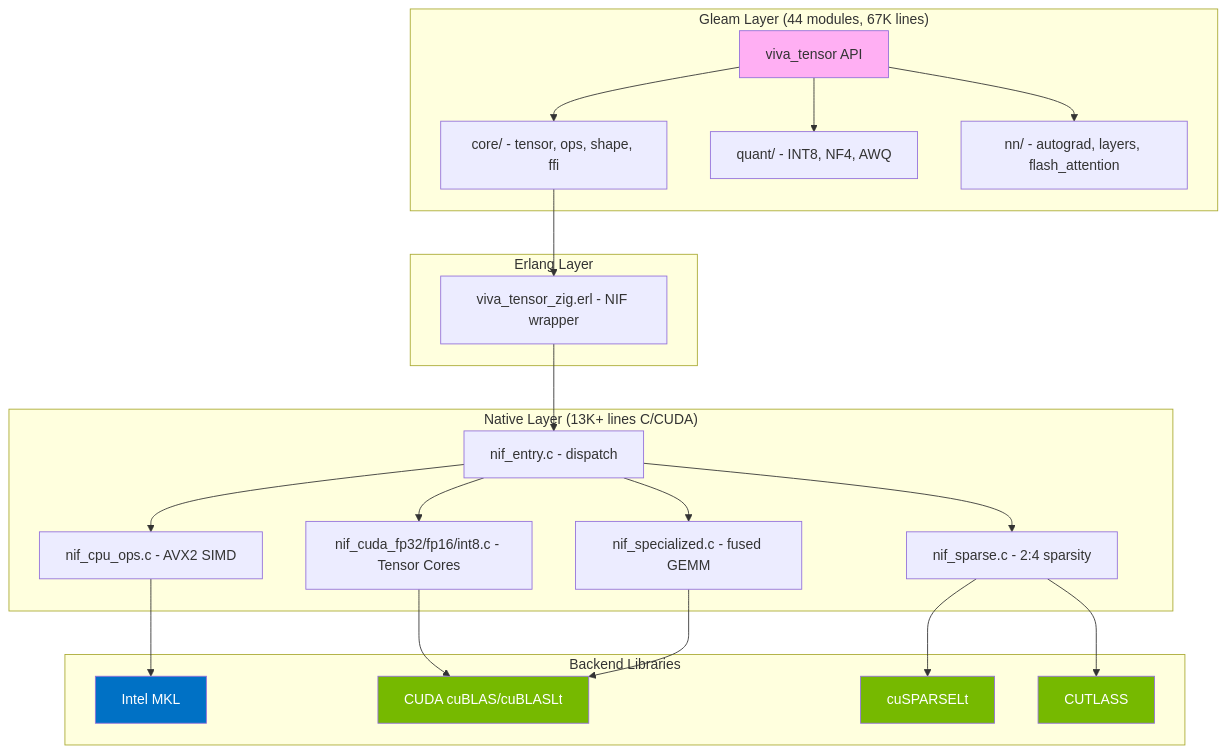
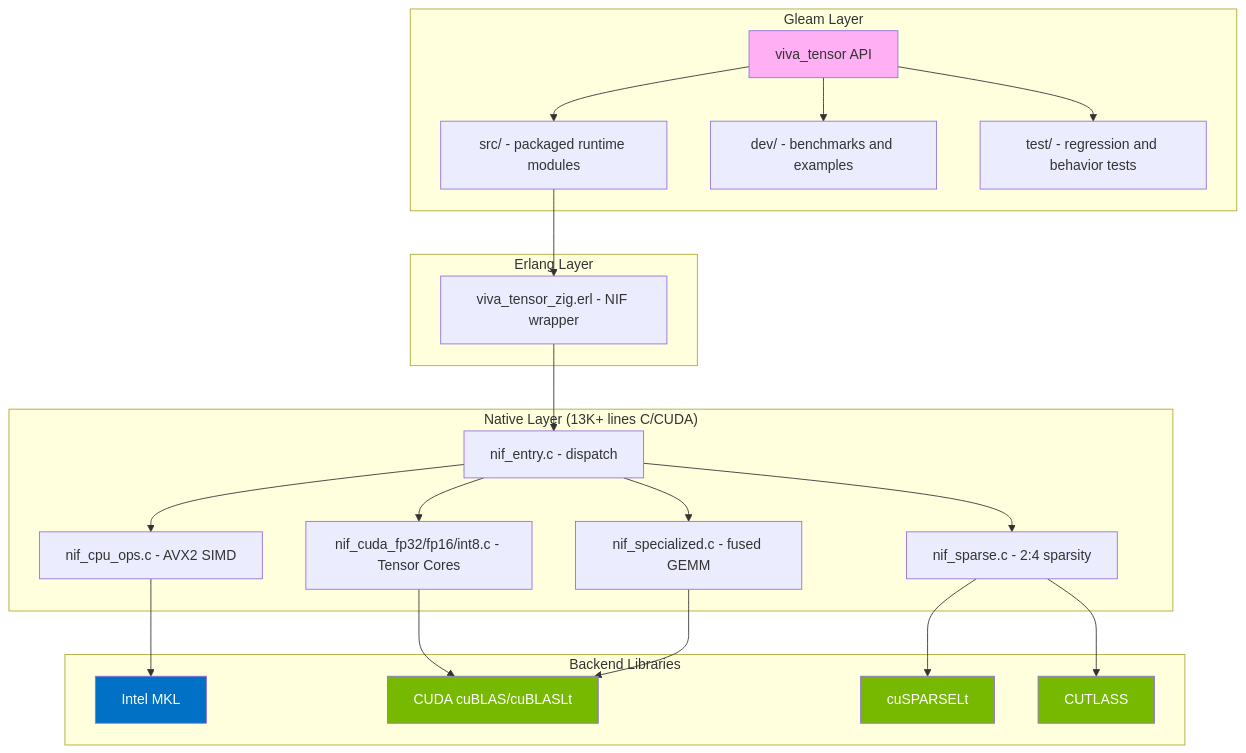
One commit to gabrielmaialva33/viva_tensor changed the first of 3 diagrams in README.md. Above: the diagram before and after it, drawn with Mermaid. The commit also changed other lines of this file and 25 other files, not shown here.

First line of the commit message:
refactor(viva_tensor): relocate benchmarks and examples to dev and optimize layout logic

````diff
--- a/README.md
+++ b/README.md
@@ -56,43 +56,43 @@
 ```mermaid
 graph TB
-    subgraph "Gleam Layer (44 modules, 67K lines)"
+    subgraph "Gleam Layer"
         A[viva_tensor API]
-        B[core/ - tensor, ops, shape, ffi]
-        C[quant/ - INT8, NF4, AWQ]
-        D[nn/ - autograd, layers, flash_attention]
+        B[src/ - packaged runtime modules]
+        C[dev/ - benchmarks and examples]
+        D[test/ - regression and behavior tests]
     end
 
     subgraph "Erlang Layer"
         E[viva_tensor_zig.erl - NIF wrapper]
     end
 
     subgraph "Native Layer (13K+ lines C/CUDA)"
         F[nif_entry.c - dispatch]
         G[nif_cpu_ops.c - AVX2 SIMD]
         H[nif_cuda_fp32/fp16/int8.c - Tensor Cores]
         I[nif_sparse.c - 2:4 sparsity]
         J[nif_specialized.c - fused GEMM]
     end
 
     subgraph "Backend Libraries"
         K[Intel MKL]
         L[CUDA cuBLAS/cuBLASLt]
         M[cuSPARSELt]
         N[CUTLASS]
     end
 
     A --> B & C & D
     B --> E
     E --> F
     F --> G & H & I & J
     G --> K
     H --> L
     I --> M & N
     J --> L
 
     style A fill:#FFAFF3
     style K fill:#0071C5,color:#fff
     style L fill:#76B900,color:#fff
     style M fill:#76B900,color:#fff
     style N fill:#76B900,color:#fff
 ```
````
